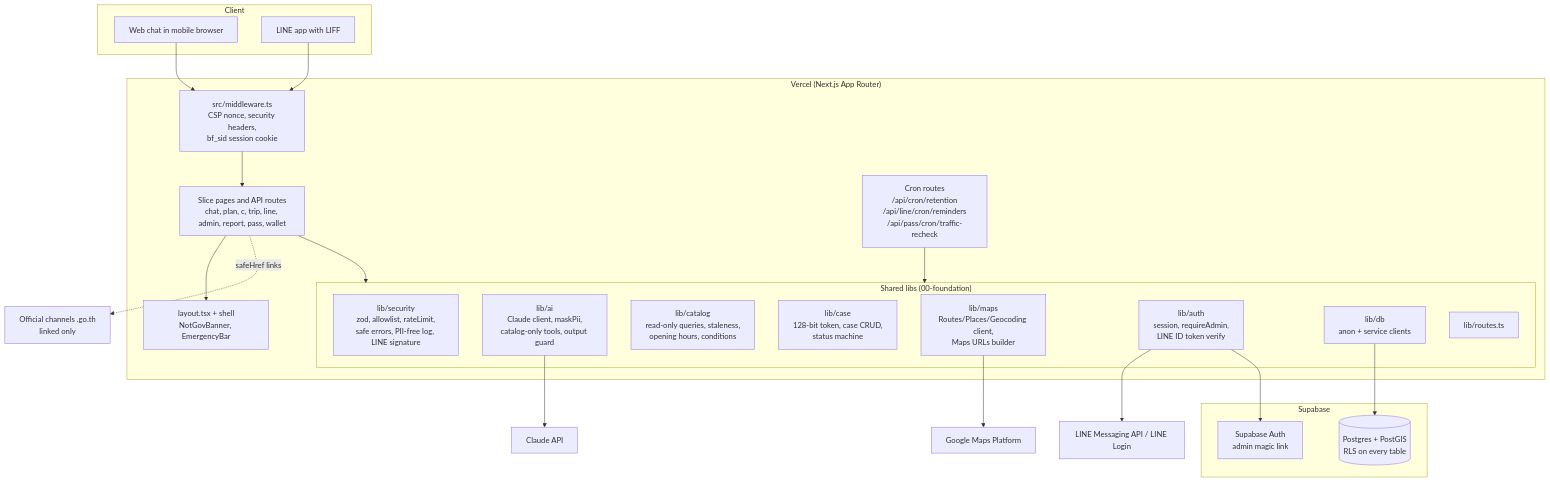
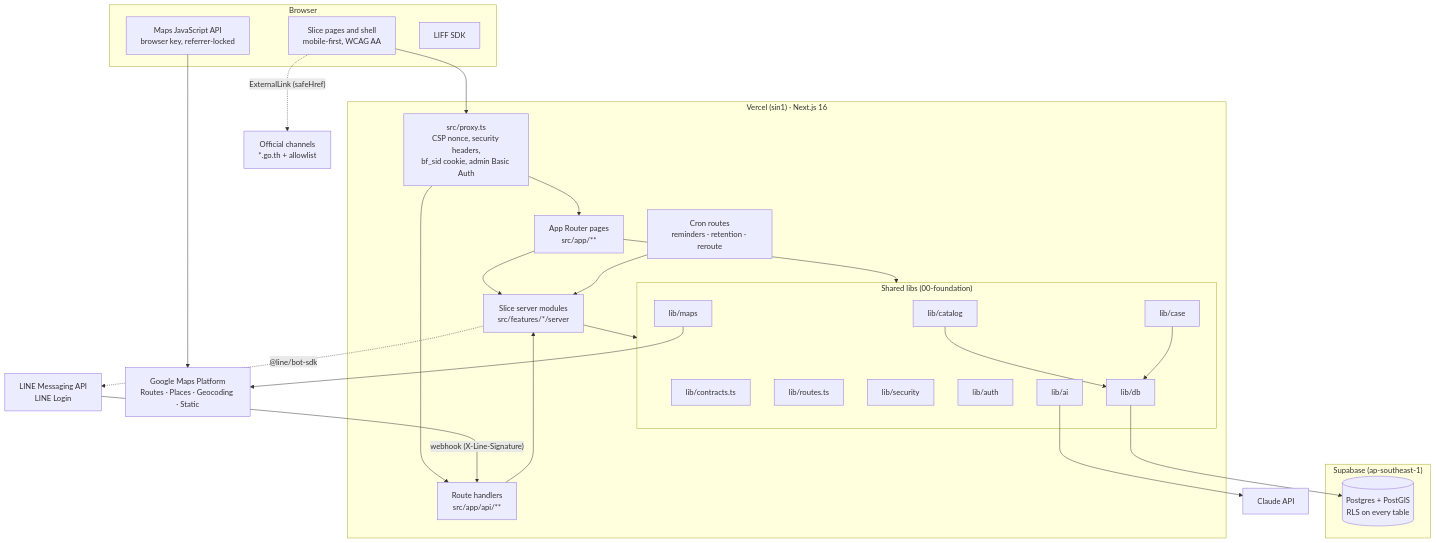
One commit to CHCH2538/hackathon-test-pro-max changed the first of 5 diagrams in .kiro/specs/00-foundation/design.md. Above: the diagram before and after it, drawn with Mermaid. The commit also changed other lines of this file and 144 other files, not shown here.

````diff
--- a/.kiro/specs/00-foundation/design.md
+++ b/.kiro/specs/00-foundation/design.md
@@ -24,46 +87,50 @@
 ```mermaid
 graph TD
-    subgraph Client
-        WEB[Web chat in mobile browser]
-        LIFF[LINE app with LIFF]
+  subgraph Browser
+    PAGES[Slice pages and shell<br/>mobile-first, WCAG AA]
+    MAPSJS[Maps JavaScript API<br/>browser key, referrer-locked]
+    LIFF[LIFF SDK]
+  end
+  subgraph Vercel["Vercel (sin1) · Next.js 16"]
+    PROXY[src/proxy.ts<br/>CSP nonce, security headers,<br/>bf_sid cookie, admin Basic Auth]
+    APP[App Router pages<br/>src/app/**]
+    API[Route handlers<br/>src/app/api/**]
+    CRON[Cron routes<br/>reminders · retention · reroute]
+    subgraph Shared["Shared libs (00-foundation)"]
+      CONTRACTS[lib/contracts.ts]
+      ROUTES[lib/routes.ts]
+      SEC[lib/security]
+      AUTH[lib/auth]
+      DB[lib/db]
+      CAT[lib/catalog]
+      CASE[lib/case]
+      AI[lib/ai]
+      MAPS[lib/maps]
     end
+    FEAT[Slice server modules<br/>src/features/*/server]
+  end
+  subgraph Supabase["Supabase (ap-southeast-1)"]
+    PG[(Postgres + PostGIS<br/>RLS on every table)]
+  end
+  CLAUDE[Claude API]
+  GMP[Google Maps Platform<br/>Routes · Places · Geocoding · Static]
+  LINE[LINE Messaging API<br/>LINE Login]
+  GOV[Official channels<br/>*.go.th + allowlist]
 
-    subgraph Vercel["Vercel (Next.js App Router)"]
-        MW[src/middleware.ts<br/>CSP nonce, security headers,<br/>bf_sid session cookie]
-        SHELL[layout.tsx + shell<br/>NotGovBanner, EmergencyBar]
-        SLICES[Slice pages and API routes<br/>chat, plan, c, trip, line, admin, report, pass, wallet]
-        CRON[Cron routes<br/>/api/cron/retention<br/>/api/line/cron/reminders<br/>/api/pass/cron/traffic-recheck]
-        subgraph Shared["Shared libs (00-foundation)"]
-            SEC[lib/security<br/>zod, allowlist, rateLimit,<br/>safe errors, PII-free log, LINE signature]
-            AI[lib/ai<br/>Claude client, maskPii,<br/>catalog-only tools, output guard]
-            CAT[lib/catalog<br/>read-only queries, staleness,<br/>opening hours, conditions]
-            CASE[lib/case<br/>128-bit token, case CRUD,<br/>status machine]
-            MAPS[lib/maps<br/>Routes/Places/Geocoding client,<br/>Maps URLs builder]
-            AUTH[lib/auth<br/>session, requireAdmin,<br/>LINE ID token verify]
-            DB[lib/db<br/>anon + service clients]
-            RT[lib/routes.ts]
-        end
-    end
-
-    subgraph Supabase
-        PG[(Postgres + PostGIS<br/>RLS on every table)]
-        SAUTH[Supabase Auth<br/>admin magic link]
-    end
-
-    CLAUDE[Claude API]
-    GMP[Google Maps Platform]
-    LINEAPI[LINE Messaging API / LINE Login]
-    GOV[Official channels .go.th<br/>linked only]
-
-    WEB --> MW --> SLICES
-    LIFF --> MW
-    SLICES --> SHELL
-    SLICES --> Shared
-    CRON --> Shared
-    AI --> CLAUDE
-    MAPS --> GMP
-    AUTH --> LINEAPI
-    AUTH --> SAUTH
-    DB --> PG
-    SLICES -. safeHref links .-> GOV
+  PAGES --> PROXY --> APP
+  PROXY --> API
+  APP --> FEAT
+  API --> FEAT
+  CRON --> FEAT
+  FEAT --> Shared
+  APP --> Shared
+  DB --> PG
+  CAT --> DB
+  CASE --> DB
+  AI --> CLAUDE
+  MAPS --> GMP
+  FEAT -. "@line/bot-sdk" .-> LINE
+  LINE -- "webhook (X-Line-Signature)" --> API
+  MAPSJS --> GMP
+  PAGES -. "ExternalLink (safeHref)" .-> GOV
 ```
````
